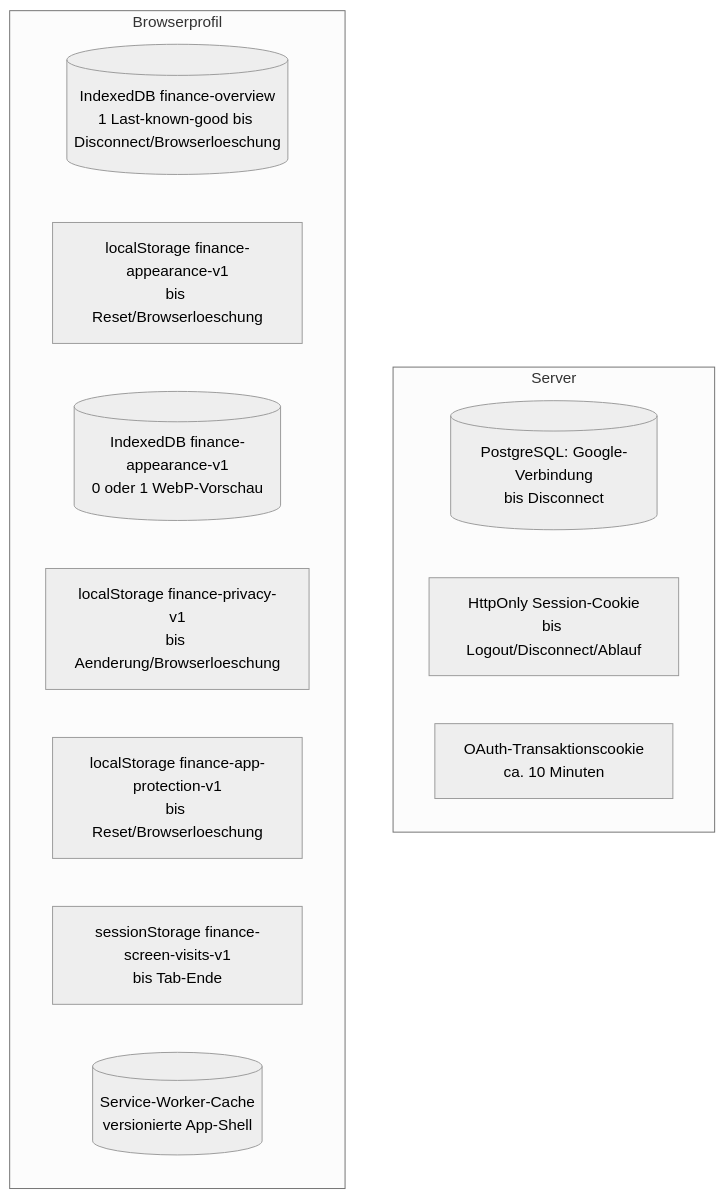
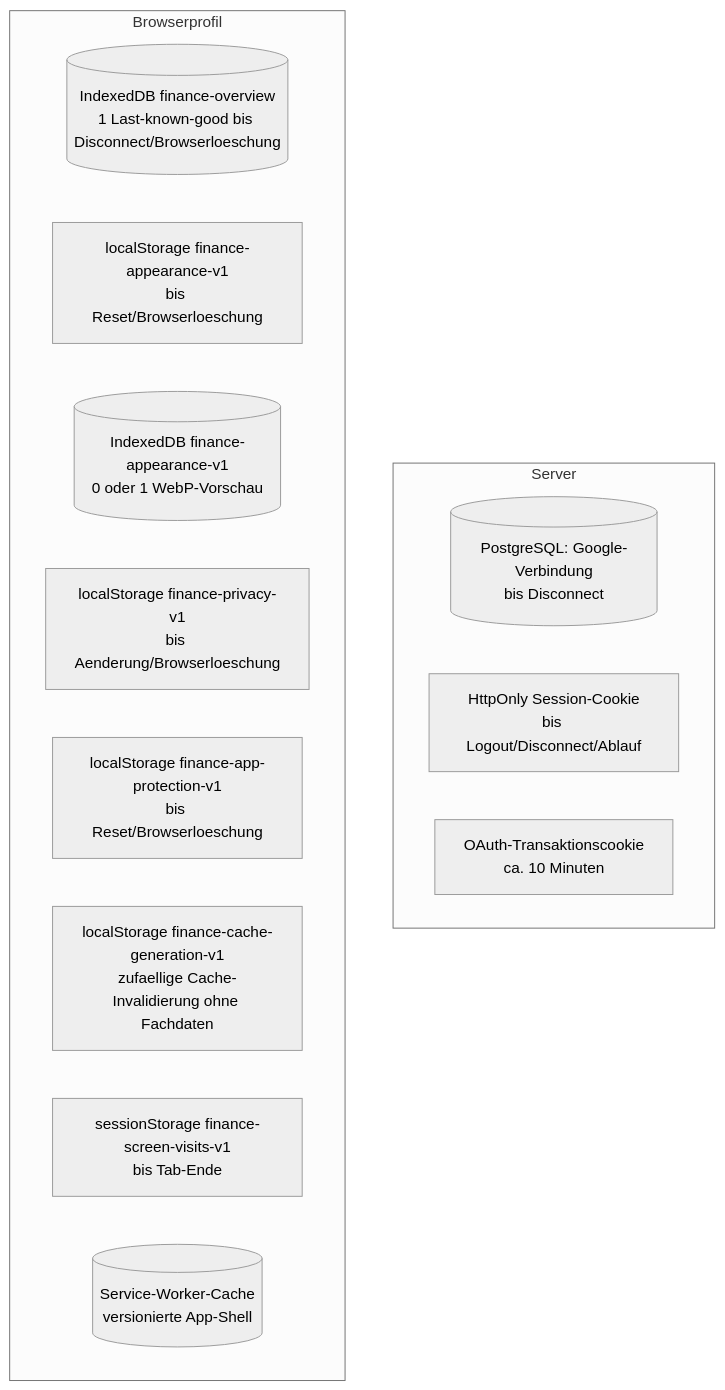
The diagram in docs/architektur/synchronisation-und-offline.md (hernstev97/accura), drawn with Mermaid (neutral theme) before and after one commit. The commit also changed other lines of this file and 21 other files, not shown here.

````diff
--- a/docs/architektur/synchronisation-und-offline.md
+++ b/docs/architektur/synchronisation-und-offline.md
@@ -23,17 +23,18 @@
 ```mermaid
 flowchart TB
   subgraph Server
     PG[(PostgreSQL: Google-Verbindung\nbis Disconnect)]
     SC[HttpOnly Session-Cookie\nbis Logout/Disconnect/Ablauf]
     OC[OAuth-Transaktionscookie\nca. 10 Minuten]
   end
   subgraph Browserprofil
     FC[(IndexedDB finance-overview\n1 Last-known-good bis Disconnect/Browserloeschung)]
     AP[localStorage finance-appearance-v1\nbis Reset/Browserloeschung]
     WP[(IndexedDB finance-appearance-v1\n0 oder 1 WebP-Vorschau)]
     PR[localStorage finance-privacy-v1\nbis Aenderung/Browserloeschung]
     LK[localStorage finance-app-protection-v1\nbis Reset/Browserloeschung]
+    CG[localStorage finance-cache-generation-v1\nzufaellige Cache-Invalidierung ohne Fachdaten]
     SV[sessionStorage finance-screen-visits-v1\nbis Tab-Ende]
     SW[(Service-Worker-Cache\nversionierte App-Shell)]
   end
 ```
````
